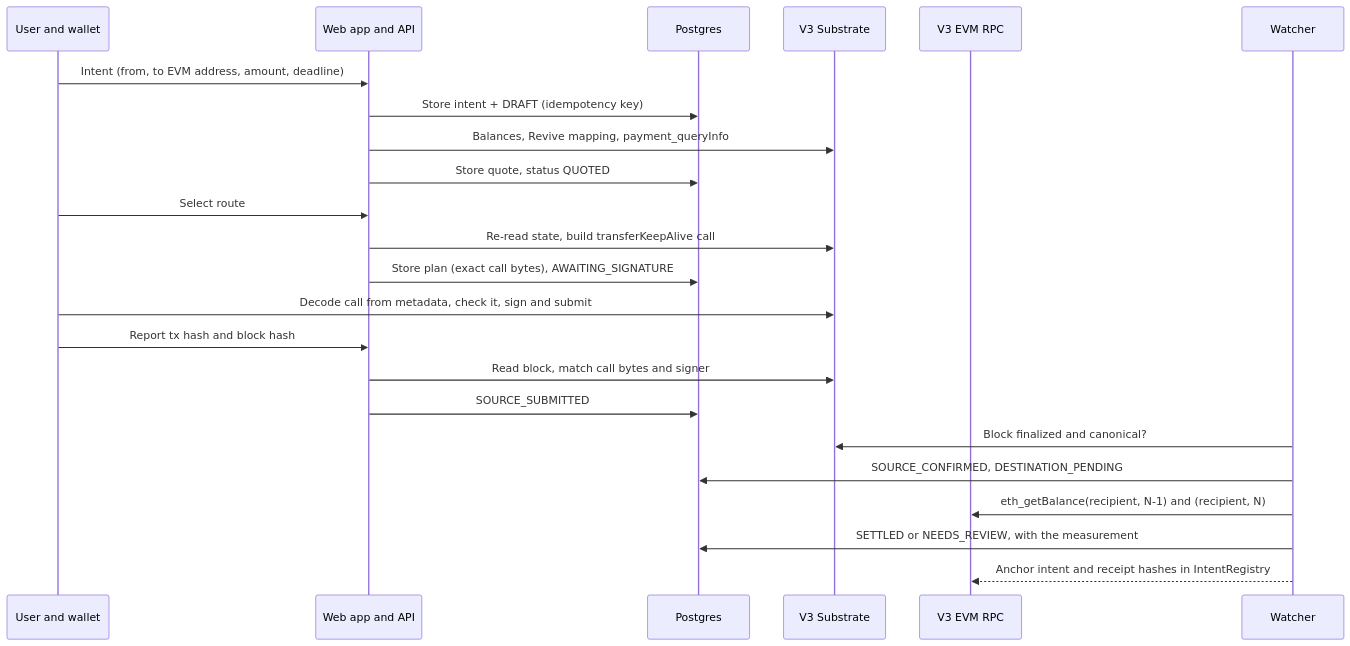
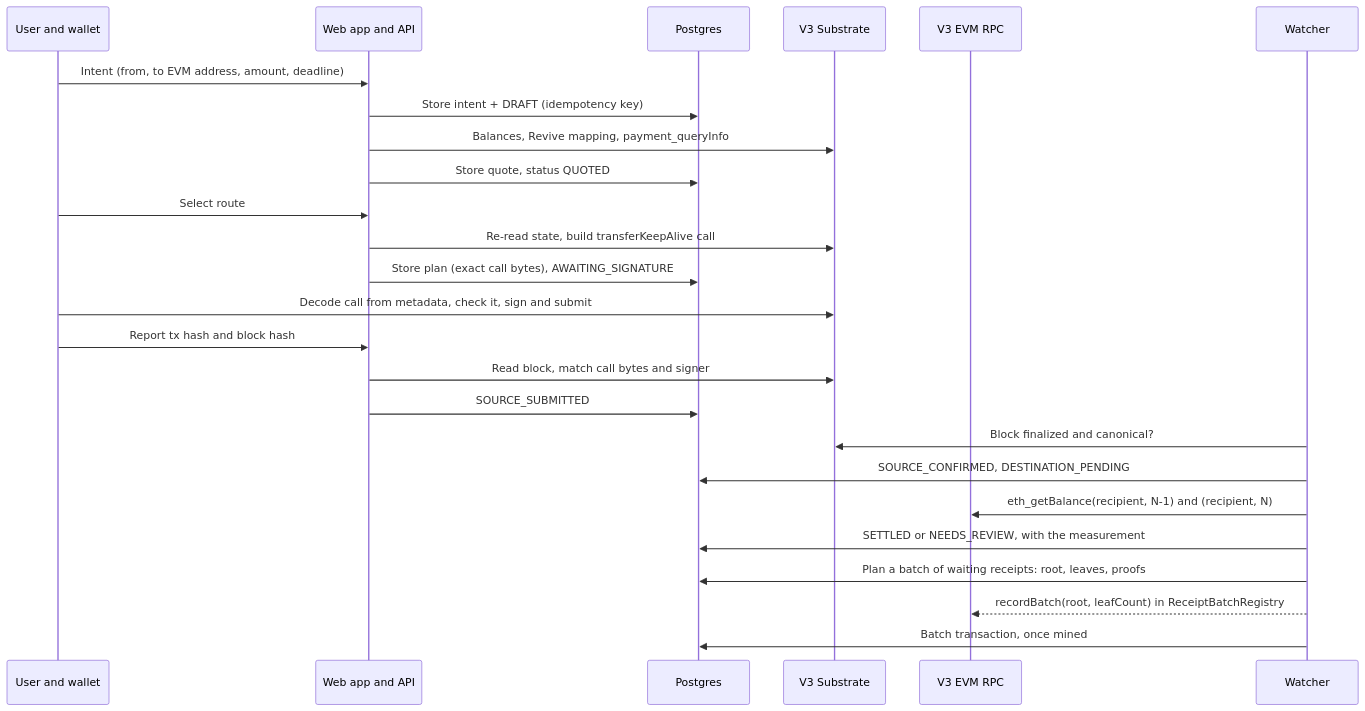
Before and after one commit to Saber1Y/RelayMesh: the third of 3 diagrams in docs/architecture.md, drawn with Mermaid. The commit also changed other lines of this file and 1 other file, not shown here.

Commit message:
docs: describe batch anchoring, its leaf format, thresholds and recovery

````diff
--- a/docs/architecture.md
+++ b/docs/architecture.md
@@ -80,26 +83,28 @@
 ```mermaid
 sequenceDiagram
     participant U as User and wallet
     participant W as Web app and API
     participant DB as Postgres
     participant S as V3 Substrate
     participant E as V3 EVM RPC
     participant K as Watcher
 
     U->>W: Intent (from, to EVM address, amount, deadline)
     W->>DB: Store intent + DRAFT (idempotency key)
     W->>S: Balances, Revive mapping, payment_queryInfo
     W->>DB: Store quote, status QUOTED
     U->>W: Select route
     W->>S: Re-read state, build transferKeepAlive call
     W->>DB: Store plan (exact call bytes), AWAITING_SIGNATURE
     U->>S: Decode call from metadata, check it, sign and submit
     U->>W: Report tx hash and block hash
     W->>S: Read block, match call bytes and signer
     W->>DB: SOURCE_SUBMITTED
     K->>S: Block finalized and canonical?
     K->>DB: SOURCE_CONFIRMED, DESTINATION_PENDING
     K->>E: eth_getBalance(recipient, N-1) and (recipient, N)
     K->>DB: SETTLED or NEEDS_REVIEW, with the measurement
-    K-->>E: Anchor intent and receipt hashes in IntentRegistry
+    K->>DB: Plan a batch of waiting receipts: root, leaves, proofs
+    K-->>E: recordBatch(root, leafCount) in ReceiptBatchRegistry
+    K->>DB: Batch transaction, once mined
 ```
````
